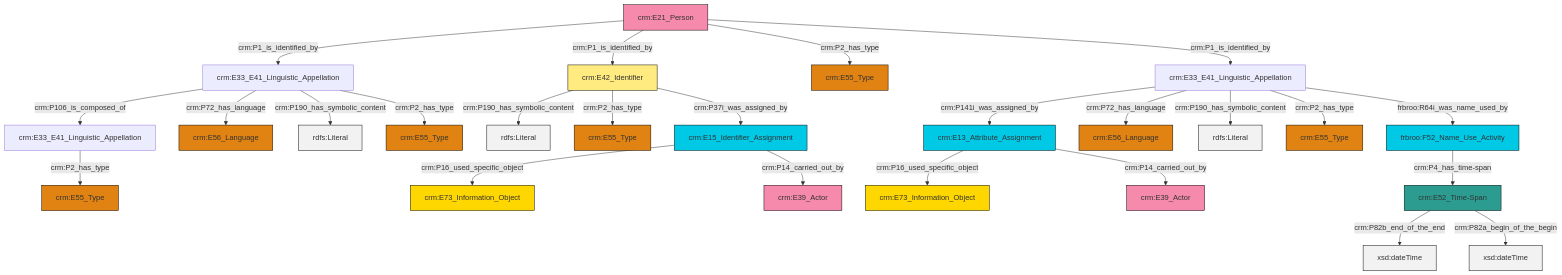
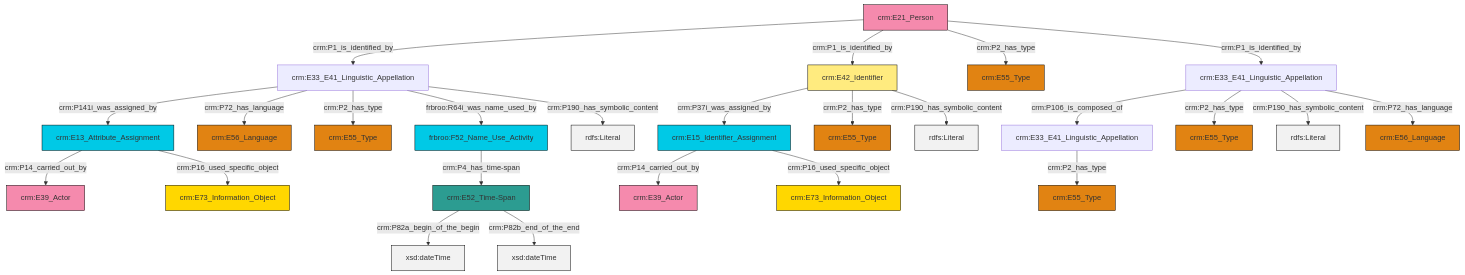
Before and after one commit to swiss-art-research-net/docs.swissartresearch: the diagram in et/personCSV/ttl/mmd/Person_Names_and_Classification.ttl.mmd, drawn with Mermaid. The commit also changed 207 other files, not shown here.

```diff
--- a/et/personCSV/ttl/mmd/Person_Names_and_Classification.ttl.mmd
+++ b/et/personCSV/ttl/mmd/Person_Names_and_Classification.ttl.mmd
@@ -1,39 +1,39 @@
 graph TD
 classDef Literal fill:#f2f2f2,stroke:#000000;
 classDef CRM_Entity fill:#FFFFFF,stroke:#000000;
 classDef Temporal_Entity fill:#00C9E6, stroke:#000000;
 classDef Type fill:#E18312, stroke:#000000;
 classDef Time-Span fill:#2C9C91, stroke:#000000;
 classDef Appellation fill:#FFEB7F, stroke:#000000;
 classDef Place fill:#008836, stroke:#000000;
 classDef Persistent_Item fill:#B266B2, stroke:#000000;
 classDef Conceptual_Object fill:#FFD700, stroke:#000000;
 classDef Physical_Thing fill:#D2B48C, stroke:#000000;
 classDef Actor fill:#f58aad, stroke:#000000;
 classDef PC_Classes fill:#4ce600, stroke:#000000;
 classDef Multi fill:#cccccc,stroke:#000000;
 
-0["crm:E21_Person"]:::Actor -->|crm:P1_is_identified_by| 6["crm:E33_E41_Linguistic_Appellation"]:::Default
-7["crm:E33_E41_Linguistic_Appellation"]:::Default -->|crm:P141i_was_assigned_by| 8["crm:E13_Attribute_Assignment"]:::Temporal_Entity
-6["crm:E33_E41_Linguistic_Appellation"]:::Default -->|crm:P106_is_composed_of| 2["crm:E33_E41_Linguistic_Appellation"]:::Default
-7["crm:E33_E41_Linguistic_Appellation"]:::Default -->|crm:P72_has_language| 10["crm:E56_Language"]:::Type
-7["crm:E33_E41_Linguistic_Appellation"]:::Default -->|crm:P190_has_symbolic_content| 11[rdfs:Literal]:::Literal
-4["crm:E42_Identifier"]:::Appellation -->|crm:P190_has_symbolic_content| 12[rdfs:Literal]:::Literal
-16["crm:E15_Identifier_Assignment"]:::Temporal_Entity -->|crm:P16_used_specific_object| 17["crm:E73_Information_Object"]:::Conceptual_Object
-6["crm:E33_E41_Linguistic_Appellation"]:::Default -->|crm:P72_has_language| 18["crm:E56_Language"]:::Type
-7["crm:E33_E41_Linguistic_Appellation"]:::Default -->|crm:P2_has_type| 22["crm:E55_Type"]:::Type
-0["crm:E21_Person"]:::Actor -->|crm:P1_is_identified_by| 4["crm:E42_Identifier"]:::Appellation
-6["crm:E33_E41_Linguistic_Appellation"]:::Default -->|crm:P190_has_symbolic_content| 24[rdfs:Literal]:::Literal
-4["crm:E42_Identifier"]:::Appellation -->|crm:P2_has_type| 25["crm:E55_Type"]:::Type
-4["crm:E42_Identifier"]:::Appellation -->|crm:P37i_was_assigned_by| 16["crm:E15_Identifier_Assignment"]:::Temporal_Entity
-14["frbroo:F52_Name_Use_Activity"]:::Temporal_Entity -->|crm:P4_has_time-span| 26["crm:E52_Time-Span"]:::Time-Span
-0["crm:E21_Person"]:::Actor -->|crm:P2_has_type| 27["crm:E55_Type"]:::Type
-26["crm:E52_Time-Span"]:::Time-Span -->|crm:P82b_end_of_the_end| 35[xsd:dateTime]:::Literal
-8["crm:E13_Attribute_Assignment"]:::Temporal_Entity -->|crm:P16_used_specific_object| 38["crm:E73_Information_Object"]:::Conceptual_Object
-8["crm:E13_Attribute_Assignment"]:::Temporal_Entity -->|crm:P14_carried_out_by| 36["crm:E39_Actor"]:::Actor
-0["crm:E21_Person"]:::Actor -->|crm:P1_is_identified_by| 7["crm:E33_E41_Linguistic_Appellation"]:::Default
-16["crm:E15_Identifier_Assignment"]:::Temporal_Entity -->|crm:P14_carried_out_by| 20["crm:E39_Actor"]:::Actor
-26["crm:E52_Time-Span"]:::Time-Span -->|crm:P82a_begin_of_the_begin| 46[xsd:dateTime]:::Literal
-7["crm:E33_E41_Linguistic_Appellation"]:::Default -->|frbroo:R64i_was_name_used_by| 14["frbroo:F52_Name_Use_Activity"]:::Temporal_Entity
-6["crm:E33_E41_Linguistic_Appellation"]:::Default -->|crm:P2_has_type| 29["crm:E55_Type"]:::Type
-2["crm:E33_E41_Linguistic_Appellation"]:::Default -->|crm:P2_has_type| 33["crm:E55_Type"]:::Type
+0["crm:E33_E41_Linguistic_Appellation"]:::Default -->|crm:P141i_was_assigned_by| 1["crm:E13_Attribute_Assignment"]:::Temporal_Entity
+2["crm:E21_Person"]:::Actor -->|crm:P1_is_identified_by| 0["crm:E33_E41_Linguistic_Appellation"]:::Default
+3["crm:E33_E41_Linguistic_Appellation"]:::Default -->|crm:P106_is_composed_of| 4["crm:E33_E41_Linguistic_Appellation"]:::Default
+5["crm:E52_Time-Span"]:::Time-Span -->|crm:P82a_begin_of_the_begin| 6[xsd:dateTime]:::Literal
+3["crm:E33_E41_Linguistic_Appellation"]:::Default -->|crm:P2_has_type| 7["crm:E55_Type"]:::Type
+0["crm:E33_E41_Linguistic_Appellation"]:::Default -->|crm:P72_has_language| 10["crm:E56_Language"]:::Type
+17["crm:E15_Identifier_Assignment"]:::Temporal_Entity -->|crm:P14_carried_out_by| 21["crm:E39_Actor"]:::Actor
+0["crm:E33_E41_Linguistic_Appellation"]:::Default -->|crm:P2_has_type| 23["crm:E55_Type"]:::Type
+2["crm:E21_Person"]:::Actor -->|crm:P1_is_identified_by| 19["crm:E42_Identifier"]:::Appellation
+3["crm:E33_E41_Linguistic_Appellation"]:::Default -->|crm:P190_has_symbolic_content| 30[rdfs:Literal]:::Literal
+17["crm:E15_Identifier_Assignment"]:::Temporal_Entity -->|crm:P16_used_specific_object| 8["crm:E73_Information_Object"]:::Conceptual_Object
+2["crm:E21_Person"]:::Actor -->|crm:P2_has_type| 27["crm:E55_Type"]:::Type
+0["crm:E33_E41_Linguistic_Appellation"]:::Default -->|frbroo:R64i_was_name_used_by| 31["frbroo:F52_Name_Use_Activity"]:::Temporal_Entity
+5["crm:E52_Time-Span"]:::Time-Span -->|crm:P82b_end_of_the_end| 32[xsd:dateTime]:::Literal
+1["crm:E13_Attribute_Assignment"]:::Temporal_Entity -->|crm:P14_carried_out_by| 15["crm:E39_Actor"]:::Actor
+1["crm:E13_Attribute_Assignment"]:::Temporal_Entity -->|crm:P16_used_specific_object| 33["crm:E73_Information_Object"]:::Conceptual_Object
+4["crm:E33_E41_Linguistic_Appellation"]:::Default -->|crm:P2_has_type| 13["crm:E55_Type"]:::Type
+2["crm:E21_Person"]:::Actor -->|crm:P1_is_identified_by| 3["crm:E33_E41_Linguistic_Appellation"]:::Default
+31["frbroo:F52_Name_Use_Activity"]:::Temporal_Entity -->|crm:P4_has_time-span| 5["crm:E52_Time-Span"]:::Time-Span
+19["crm:E42_Identifier"]:::Appellation -->|crm:P37i_was_assigned_by| 17["crm:E15_Identifier_Assignment"]:::Temporal_Entity
+19["crm:E42_Identifier"]:::Appellation -->|crm:P2_has_type| 38["crm:E55_Type"]:::Type
+3["crm:E33_E41_Linguistic_Appellation"]:::Default -->|crm:P72_has_language| 11["crm:E56_Language"]:::Type
+19["crm:E42_Identifier"]:::Appellation -->|crm:P190_has_symbolic_content| 45[rdfs:Literal]:::Literal
+0["crm:E33_E41_Linguistic_Appellation"]:::Default -->|crm:P190_has_symbolic_content| 46[rdfs:Literal]:::Literal
```
